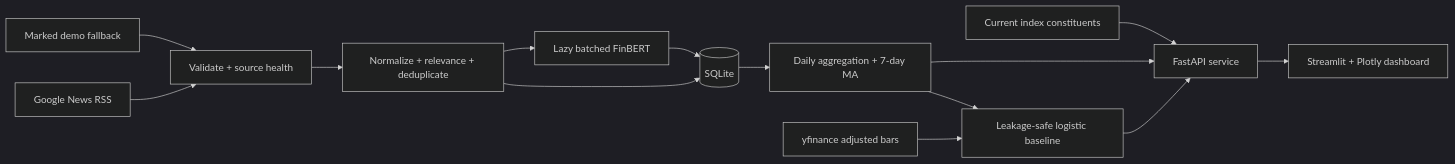
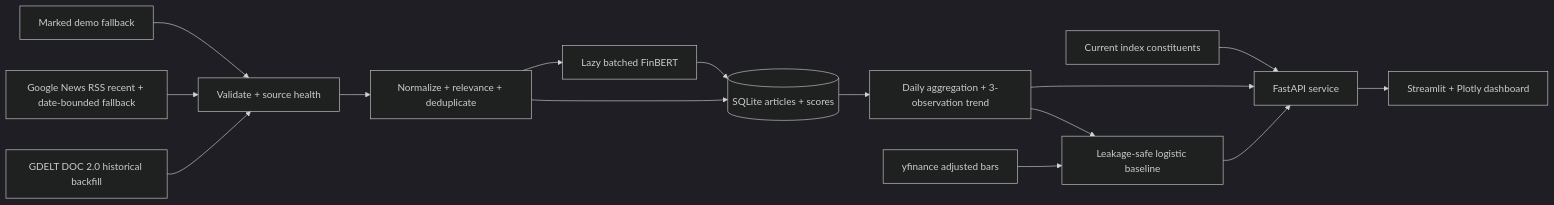
One commit to AlfredHong2006/MarketSentinel changed the diagram in README.md. Above: the diagram before and after it, drawn with Mermaid (dark theme). The commit also changed other lines of this file and 17 other files, not shown here.

Commit message:
Add historical news and sentiment coverage pipeline

````diff
--- a/README.md
+++ b/README.md
@@ -47,16 +54,17 @@
 ```mermaid
 flowchart LR
     U["Current index constituents"] --> API["FastAPI service"]
-    RSS["Google News RSS"] --> V["Validate + source health"]
+    GDELT["GDELT DOC 2.0 historical backfill"] --> V["Validate + source health"]
+    RSS["Google News RSS recent + date-bounded fallback"] --> V
     DEMO["Marked demo fallback"] --> V
     V --> N["Normalize + relevance + deduplicate"]
-    N --> DB[("SQLite")]
+    N --> DB[("SQLite articles + scores")]
     N --> F["Lazy batched FinBERT"]
     F --> DB
-    DB --> A["Daily aggregation + 7-day MA"]
+    DB --> A["Daily aggregation + 3-observation trend"]
     YF["yfinance adjusted bars"] --> M["Leakage-safe logistic baseline"]
     A --> M
     A --> API
     M --> API
     API --> UI["Streamlit + Plotly dashboard"]
 ```
````
